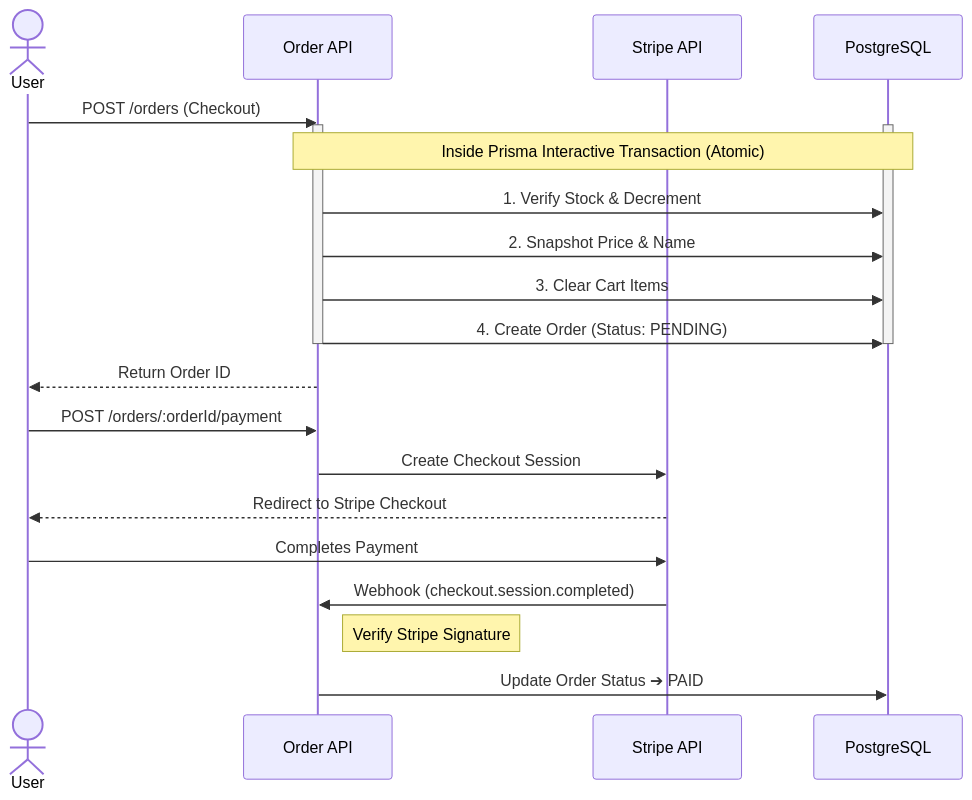
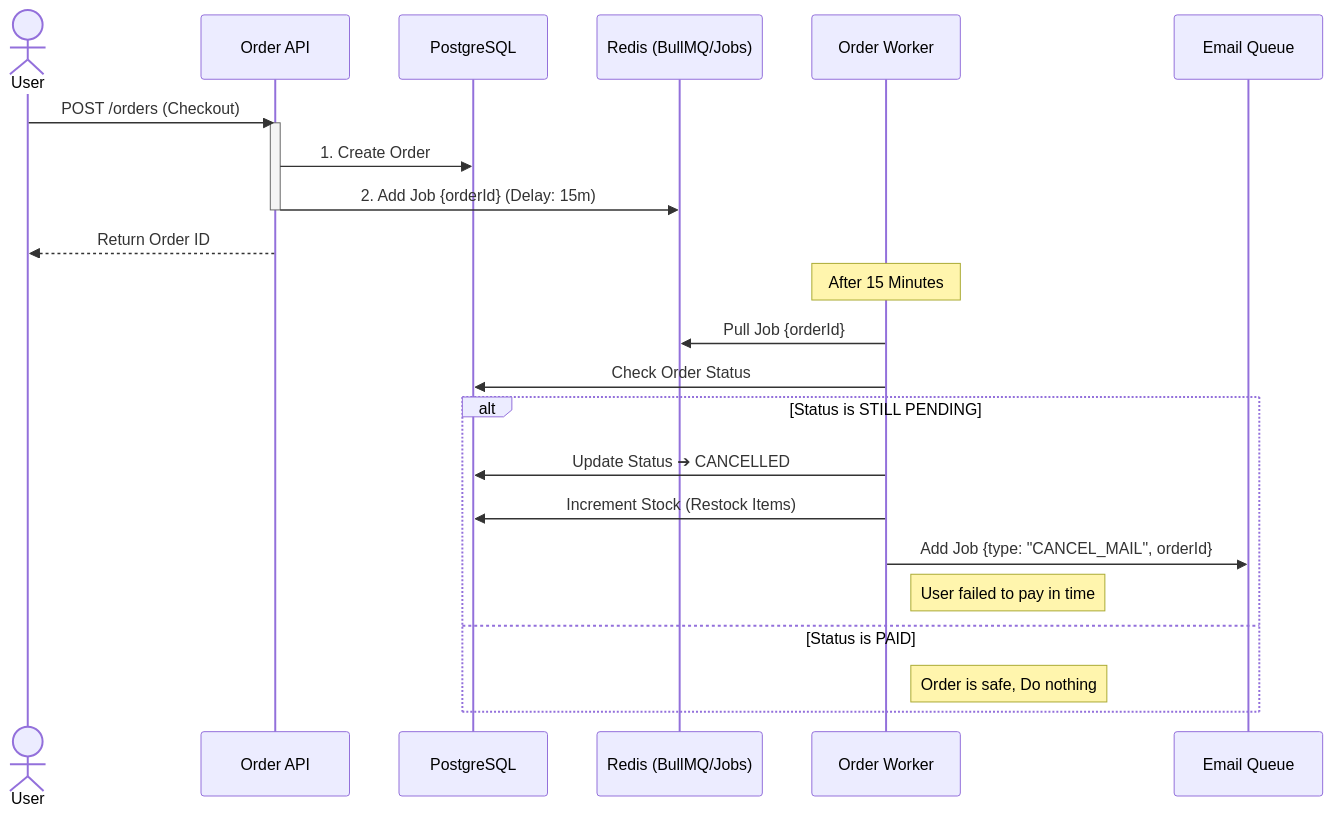
Before and after one commit to Omar3597/ecommerce: the fourth of 4 diagrams in README.md, drawn with Mermaid. The commit also changed other lines of this file, not shown here.

Commit message:
feat(docs): enhance README with updated features, architecture overview, and design decisions

````diff
--- a/README.md
+++ b/README.md
@@ -198,33 +201,33 @@
 ```mermaid
 
 sequenceDiagram
     actor User
     participant API as Order API
-    participant Stripe as Stripe API
     participant DB as PostgreSQL
+    participant Queue as Redis (BullMQ/Jobs)
+    participant Worker as Order Worker
+    participant EmailQ as Email Queue
 
     User->>API: POST /orders (Checkout)
 
-    %% GROUP TRANSACTIONS WITH ACTIVATE/DEACTIVATE%%
     activate API
-    activate DB
-    Note over API, DB: Inside Prisma Interactive Transaction (Atomic)
-    API->>DB: 1. Verify Stock & Decrement
-    API->>DB: 2. Snapshot Price & Name
-    API->>DB: 3. Clear Cart Items
-    API->>DB: 4. Create Order (Status: PENDING)
-    deactivate DB
+    API->>DB: 1. Create Order
+    API->>Queue: 2. Add Job {orderId} (Delay: 15m)
     deactivate API
 
     API-->>User: Return Order ID
 
-    User->>API: POST /orders/:orderId/payment
-    API->>Stripe: Create Checkout Session
-    Stripe-->>User: Redirect to Stripe Checkout
+    Note over Worker: After 15 Minutes
+    Worker->>Queue: Pull Job {orderId}
+    Worker->>DB: Check Order Status
 
-    User->>Stripe: Completes Payment
-    Stripe->>API: Webhook (checkout.session.completed)
-    Note right of API: Verify Stripe Signature
-    API->>DB: Update Order Status ➔ PAID
+    alt Status is STILL PENDING
+        Worker->>DB: Update Status ➔ CANCELLED
+        Worker->>DB: Increment Stock (Restock Items)
+        Worker->>EmailQ: Add Job {type: "CANCEL_MAIL", orderId}
+        Note right of Worker: User failed to pay in time
+    else Status is PAID
+        Note right of Worker: Order is safe, Do nothing
+    end
 
 ```
````
